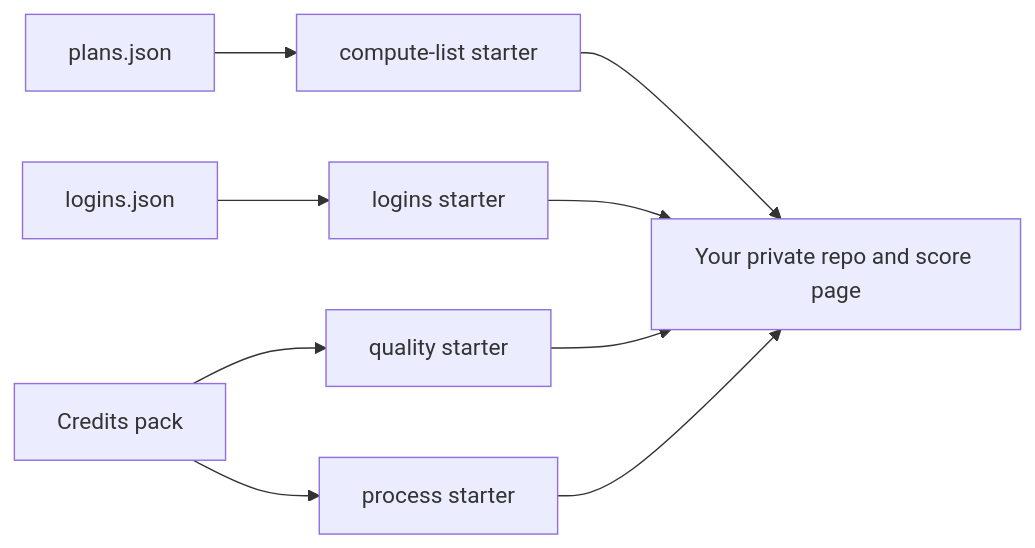
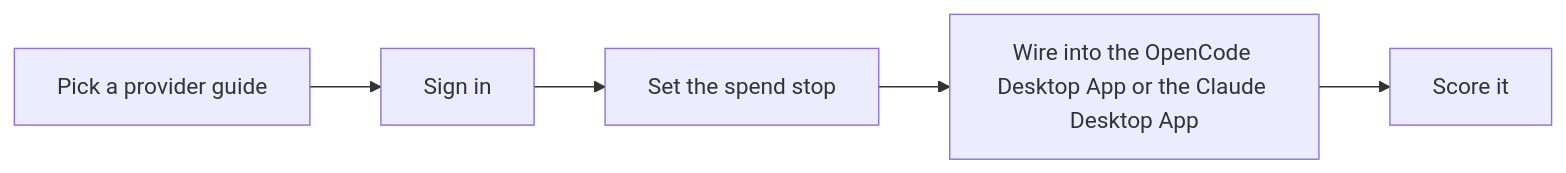
The diagram in README.md (SoulCraft-Org/compute-crafter), drawn with Mermaid before and after one commit. The commit also changed other lines of this file and 2 other files, not shown here.

First line of the commit message:
🔌 README: OpenCode first, visual (#185)

````diff
--- a/README.md
+++ b/README.md
@@ -11,8 +11,4 @@
 ```mermaid
 flowchart LR
-  P[plans.json] --> L[compute-list starter]
-  G[logins.json] --> N[logins starter]
-  K[Credits pack] --> Q[quality starter]
-  K --> R[process starter]
-  L & N & Q & R --> Y[Your private repo and score page]
+  G[Pick a provider guide] --> S[Sign in] --> C[Set the spend stop] --> W[Wire into the OpenCode Desktop App or the Claude Desktop App] --> Q[Score it]
 ```
````
